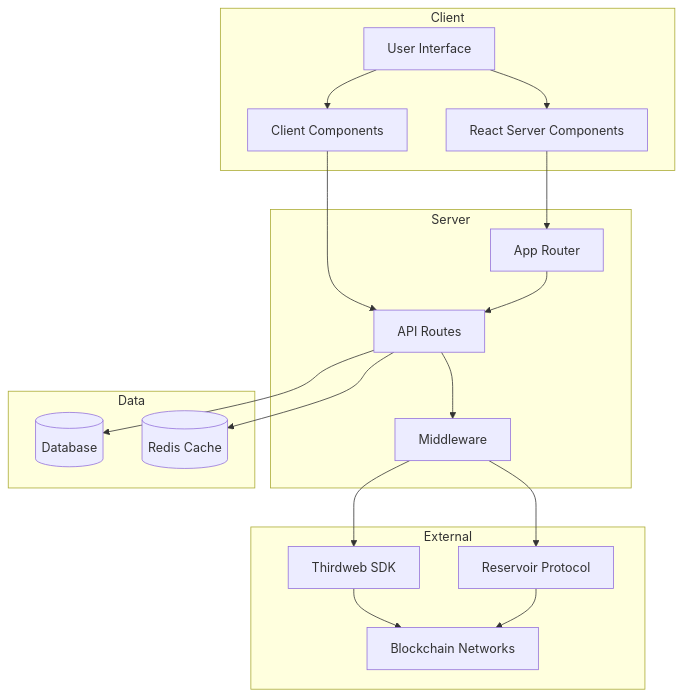
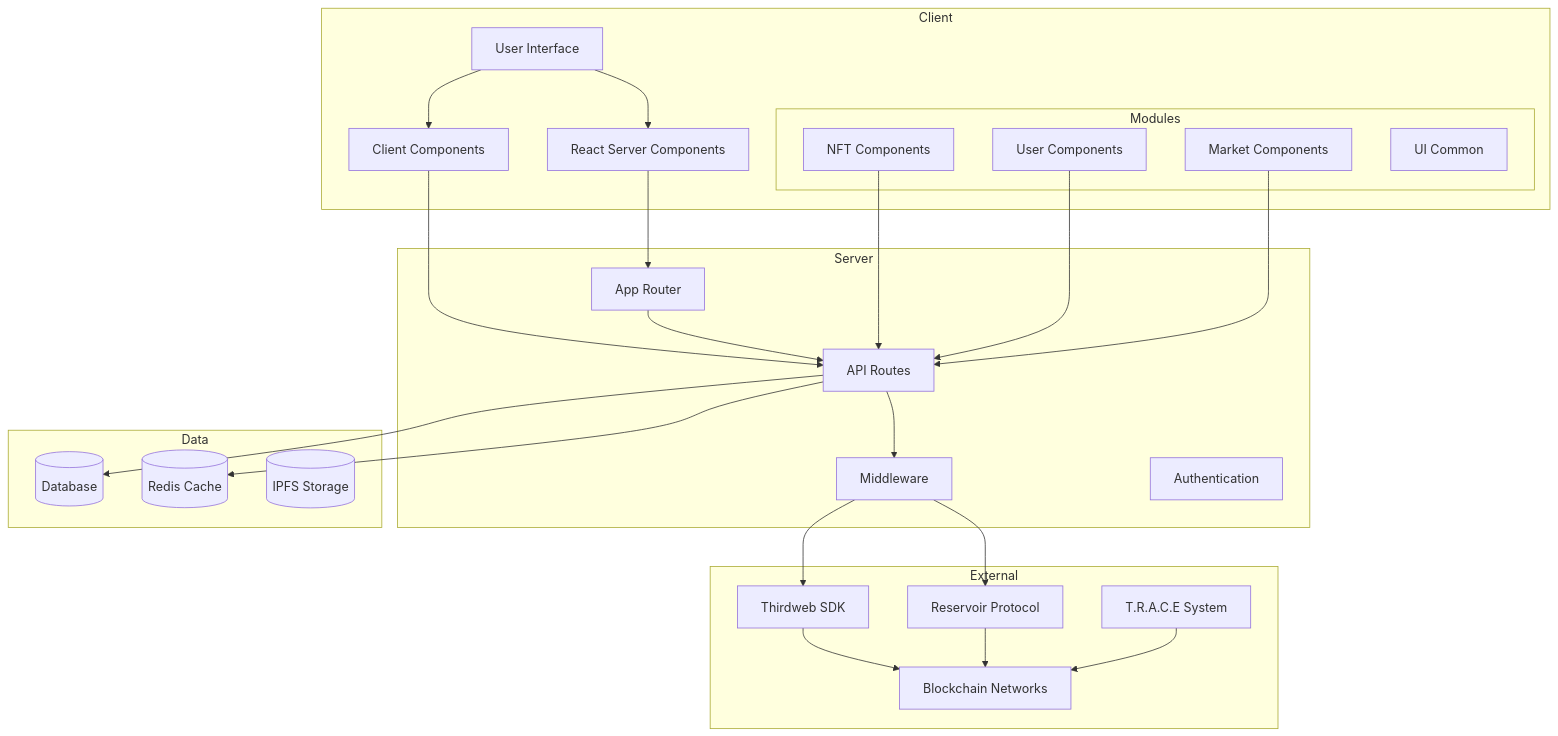
One commit to IkigaiLabsETH/ikigailabs.xyz changed the diagram in README.md. Above: the diagram before and after it, drawn with Mermaid. The commit also changed other lines of this file, not shown here.

````diff
--- a/README.md
+++ b/README.md
@@ -9,38 +9,51 @@
 ```mermaid
 graph TB
     subgraph Client
         UI[User Interface]
         RSC[React Server Components]
         CC[Client Components]
+        subgraph Modules
+            NFT[NFT Components]
+            User[User Components]
+            Market[Market Components]
+            UI_Common[UI Common]
+        end
     end
 
     subgraph Server
         AR[App Router]
         API[API Routes]
         MW[Middleware]
+        Auth[Authentication]
     end
 
     subgraph External
         RES[Reservoir Protocol]
         TW[Thirdweb SDK]
         BC[Blockchain Networks]
+        TRACE[T.R.A.C.E System]
     end
 
     subgraph Data
         DB[(Database)]
         Cache[(Redis Cache)]
+        IPFS[(IPFS Storage)]
     end
 
     UI --> RSC
     UI --> CC
     RSC --> AR
     CC --> API
     AR --> API
     API --> MW
     MW --> RES
     MW --> TW
     TW --> BC
     RES --> BC
     API --> DB
     API --> Cache
+    NFT --> API
+    User --> API
+    Market --> API
+    TRACE --> BC
 ```
````
